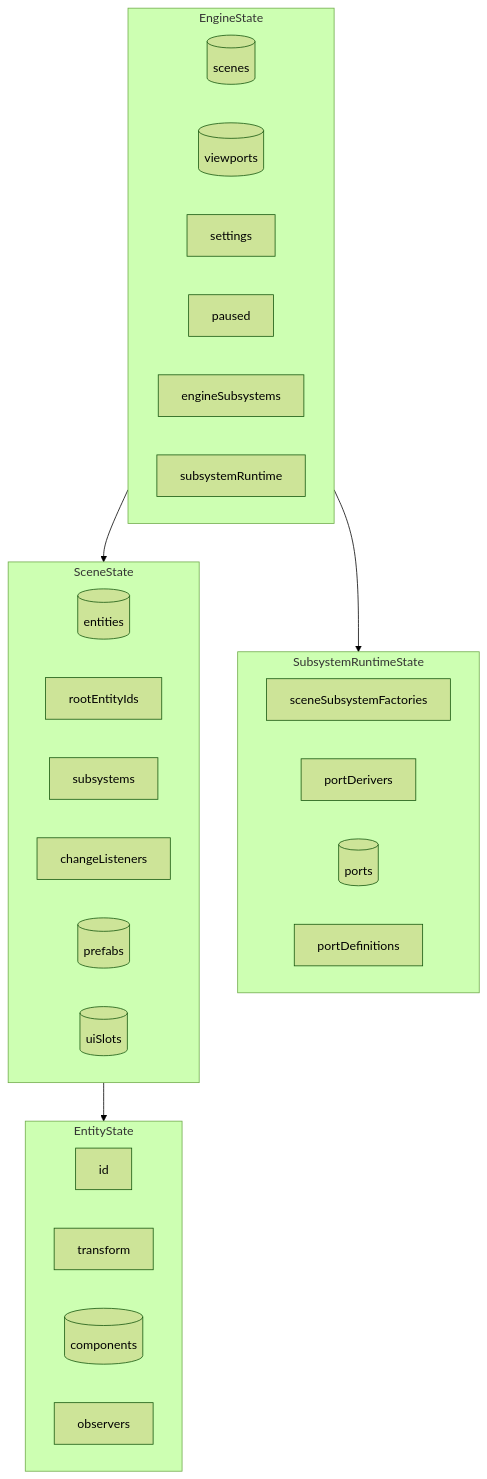
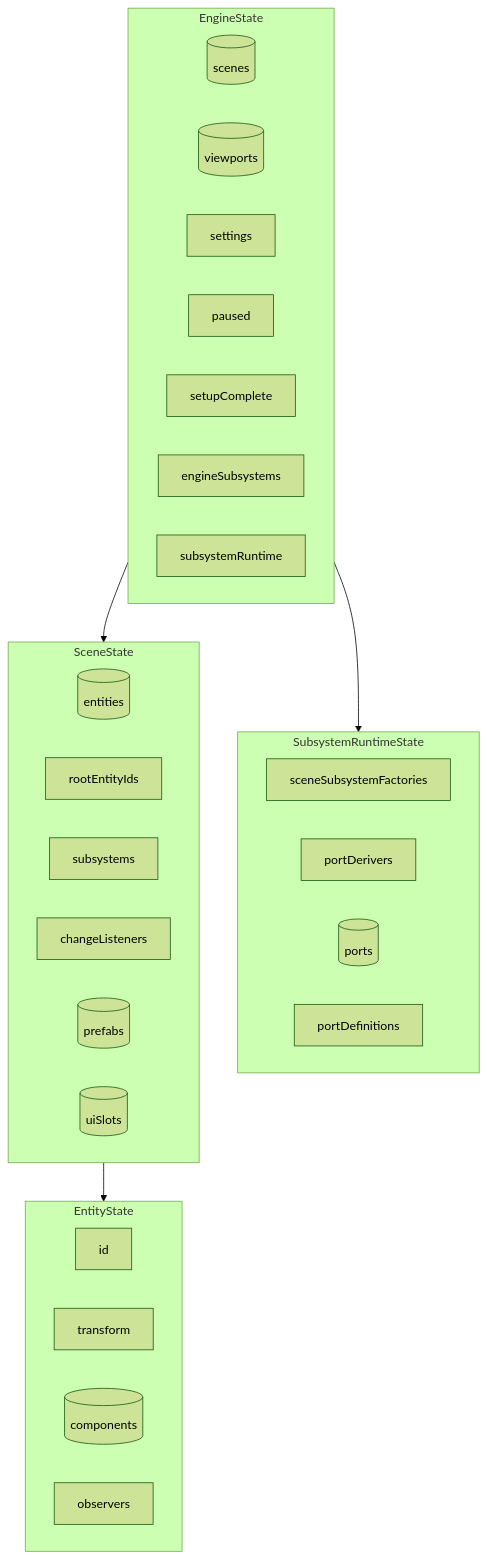
The first of 7 diagrams in packages/core-v2/ARCHITECTURE.md (QADRAX/SpaceDucksMMO), drawn with Mermaid (forest theme) before and after one commit. The commit also changed other lines of this file and 9 other files, not shown here.

````diff
--- a/packages/core-v2/ARCHITECTURE.md
+++ b/packages/core-v2/ARCHITECTURE.md
@@ -19,38 +19,39 @@
 ```mermaid
 flowchart TB
     subgraph Engine["EngineState"]
         Scenes[(scenes)]
         Viewports[(viewports)]
         Settings[settings]
         Paused[paused]
+        SetupComplete[setupComplete]
         EngineSubs[engineSubsystems]
         SubRuntime[subsystemRuntime]
     end
 
     subgraph SubRuntimeDetail["SubsystemRuntimeState"]
         Factories[sceneSubsystemFactories]
         Derivers[portDerivers]
         Ports[(ports)]
         Defs[portDefinitions]
     end
 
     subgraph Scene["SceneState"]
         Entities[(entities)]
         Roots[rootEntityIds]
         Subsystems[subsystems]
         Listeners[changeListeners]
         Prefabs[(prefabs)]
         UISlots[(uiSlots)]
     end
 
     subgraph Entity["EntityState"]
         EID[id]
         Transform[transform]
         Components[(components)]
         Observers[observers]
     end
 
     Engine --> SubRuntimeDetail
     Engine --> Scene
     Scene --> Entity
 ```
````
